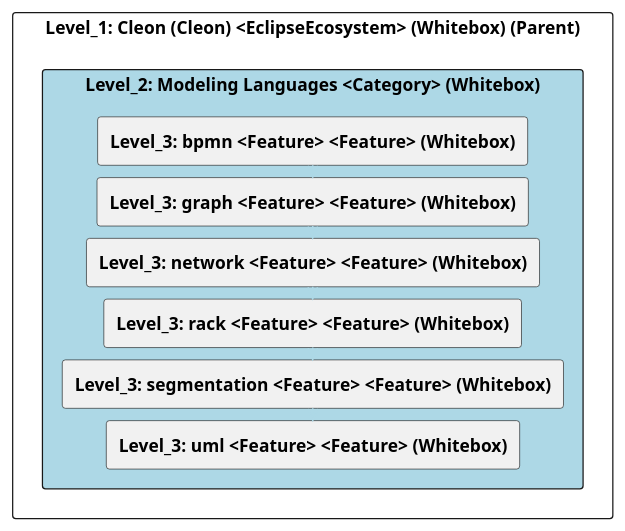
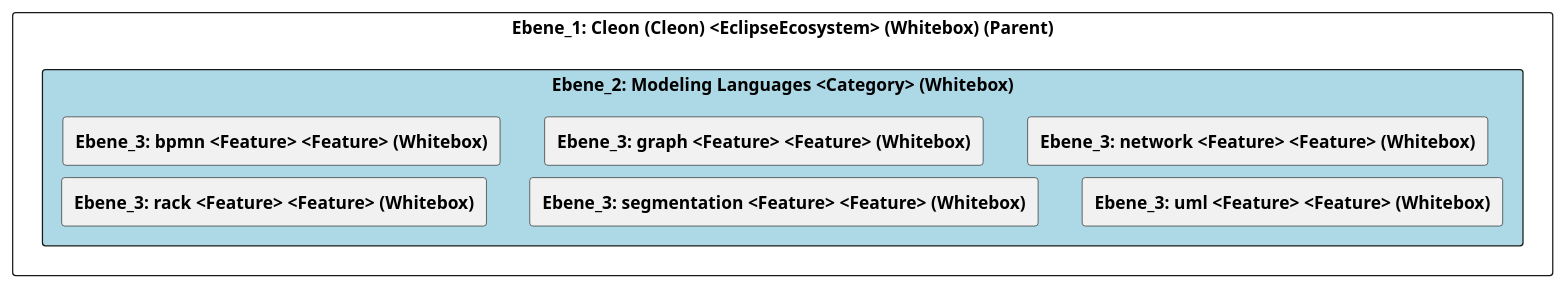
The diagram in doc/cleonproject_deliverables_architecture_model_architecture/adoc/de/05_bausteinsicht/cleon/modeling_languages/ebene_2_modeling_languages.adoc (marcozwyssig/cleon), drawn with PlantUML before and after one commit. The commit also changed other lines of this file and 150 other files, not shown here.

```diff
--- a/doc/cleonproject_deliverables_architecture_model_architecture/adoc/de/05_bausteinsicht/cleon/modeling_languages/ebene_2_modeling_languages.adoc
+++ b/doc/cleonproject_deliverables_architecture_model_architecture/adoc/de/05_bausteinsicht/cleon/modeling_languages/ebene_2_modeling_languages.adoc
@@ -21,36 +21,29 @@
-[plantuml, Level_2: Modeling Languages <Category> (Whitebox)BlockOverview, format="svg"]
+[plantuml, Ebene_2: Modeling Languages <Category> (Whitebox)BlockOverview, format="svg"]
 ----
-@startuml Level_2: Modeling Languages <Category> (Whitebox)BuildingBlockOverview
+@startuml Ebene_2: Modeling Languages <Category> (Whitebox)BuildingBlockOverview
 
 skinparam ranksep 10
 skinparam componentStyle rectangle
 skinparam shadowing false
 skinparam arrowColor lightblue
 skinparam arrowThickness 1.2
 skinparam rectangle {
   BackgroundColor White
   BorderColor #333
   RoundCorner 10
 }
 top to bottom direction
 
-component "Level_1: Cleon (Cleon) <EclipseEcosystem> (Whitebox) (Parent)" {
-    component "Level_2: Modeling Languages <Category> (Whitebox)" #lightblue {
-        [**Level_3: bpmn <Feature> <Feature> (Whitebox)**] as 49057F38_D579_11EE_903E_9F564E4DE07E
-        [**Level_3: graph <Feature> <Feature> (Whitebox)**] as 4905A651_D579_11EE_903E_9F564E4DE07E
-        [**Level_3: network <Feature> <Feature> (Whitebox)**] as 49055821_D579_11EE_903E_9F564E4DE07E
-        [**Level_3: rack <Feature> <Feature> (Whitebox)**] as 4905A653_D579_11EE_903E_9F564E4DE07E
-        [**Level_3: segmentation <Feature> <Feature> (Whitebox)**] as 49057F37_D579_11EE_903E_9F564E4DE07E
-        [**Level_3: uml <Feature> <Feature> (Whitebox)**] as 49057F3A_D579_11EE_903E_9F564E4DE07E
+component "Ebene_1: Cleon (Cleon) <EclipseEcosystem> (Whitebox) (Parent)" {
+    component "Ebene_2: Modeling Languages <Category> (Whitebox)" #lightblue {
+        [**Ebene_3: bpmn <Feature> <Feature> (Whitebox)**] as 49057F38_D579_11EE_903E_9F564E4DE07E
+        [**Ebene_3: graph <Feature> <Feature> (Whitebox)**] as 4905A651_D579_11EE_903E_9F564E4DE07E
+        [**Ebene_3: network <Feature> <Feature> (Whitebox)**] as 49055821_D579_11EE_903E_9F564E4DE07E
+        [**Ebene_3: rack <Feature> <Feature> (Whitebox)**] as 4905A653_D579_11EE_903E_9F564E4DE07E
+        [**Ebene_3: segmentation <Feature> <Feature> (Whitebox)**] as 49057F37_D579_11EE_903E_9F564E4DE07E
+        [**Ebene_3: uml <Feature> <Feature> (Whitebox)**] as 49057F3A_D579_11EE_903E_9F564E4DE07E
     }
-
-    49057F38_D579_11EE_903E_9F564E4DE07E -down-> 4905A651_D579_11EE_903E_9F564E4DE07E
-    4905A651_D579_11EE_903E_9F564E4DE07E -down-> 49055821_D579_11EE_903E_9F564E4DE07E
-    49055821_D579_11EE_903E_9F564E4DE07E -down-> 4905A653_D579_11EE_903E_9F564E4DE07E
-    4905A653_D579_11EE_903E_9F564E4DE07E -down-> 49057F37_D579_11EE_903E_9F564E4DE07E
-    49057F37_D579_11EE_903E_9F564E4DE07E -down-> 49057F3A_D579_11EE_903E_9F564E4DE07E
-    
 }
 
 @enduml
 ----
```
